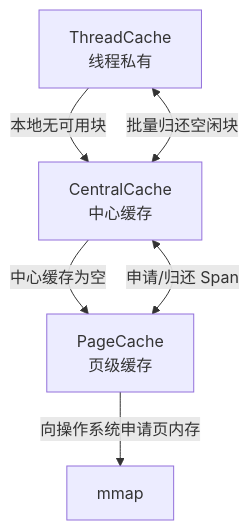
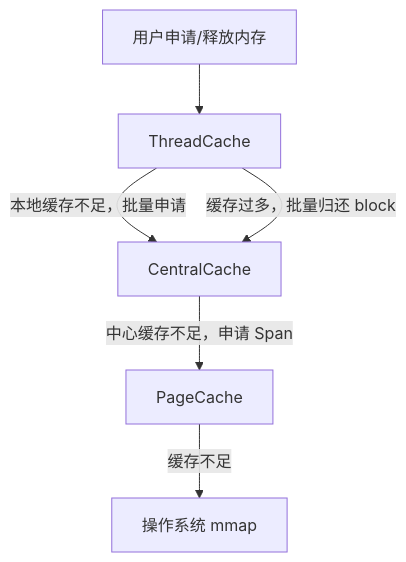
Before and after one commit to zlzxxy/Memory_Pool: the diagram in README.md, drawn with Mermaid. The commit also changed other lines of this file and 2 other files, not shown here.

````diff
--- a/README.md
+++ b/README.md
@@ -94,9 +49,9 @@
 ```mermaid
 flowchart TD
-    A[ThreadCache<br/>线程私有] -->|本地无可用块| B[CentralCache<br/>中心缓存]
-    B -->|中心缓存为空| C[PageCache<br/>页级缓存]
-    C -->|向操作系统申请页内存| D[mmap]
+    A[用户申请/释放内存] --> B[ThreadCache]
+    B -->|本地缓存不足，批量申请| C[CentralCache]
+    C -->|中心缓存不足，申请 Span| D[PageCache]
+    D -->|缓存不足| E[操作系统 mmap]
 
-    A <-->|批量归还空闲块| B
-    B <-->|申请/归还 Span| C
+    B -->|缓存过多，批量归还 block| C
 ```
````
